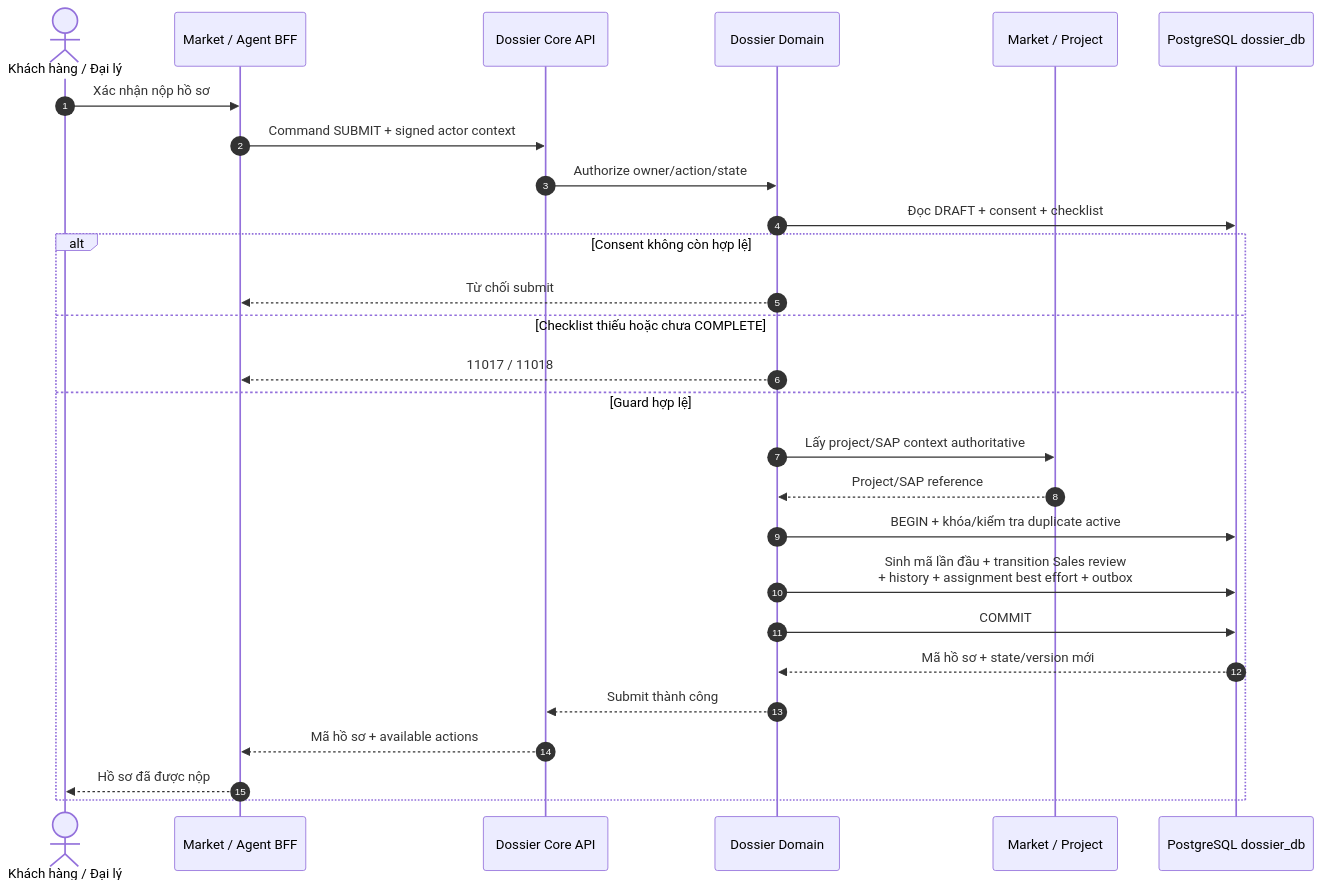
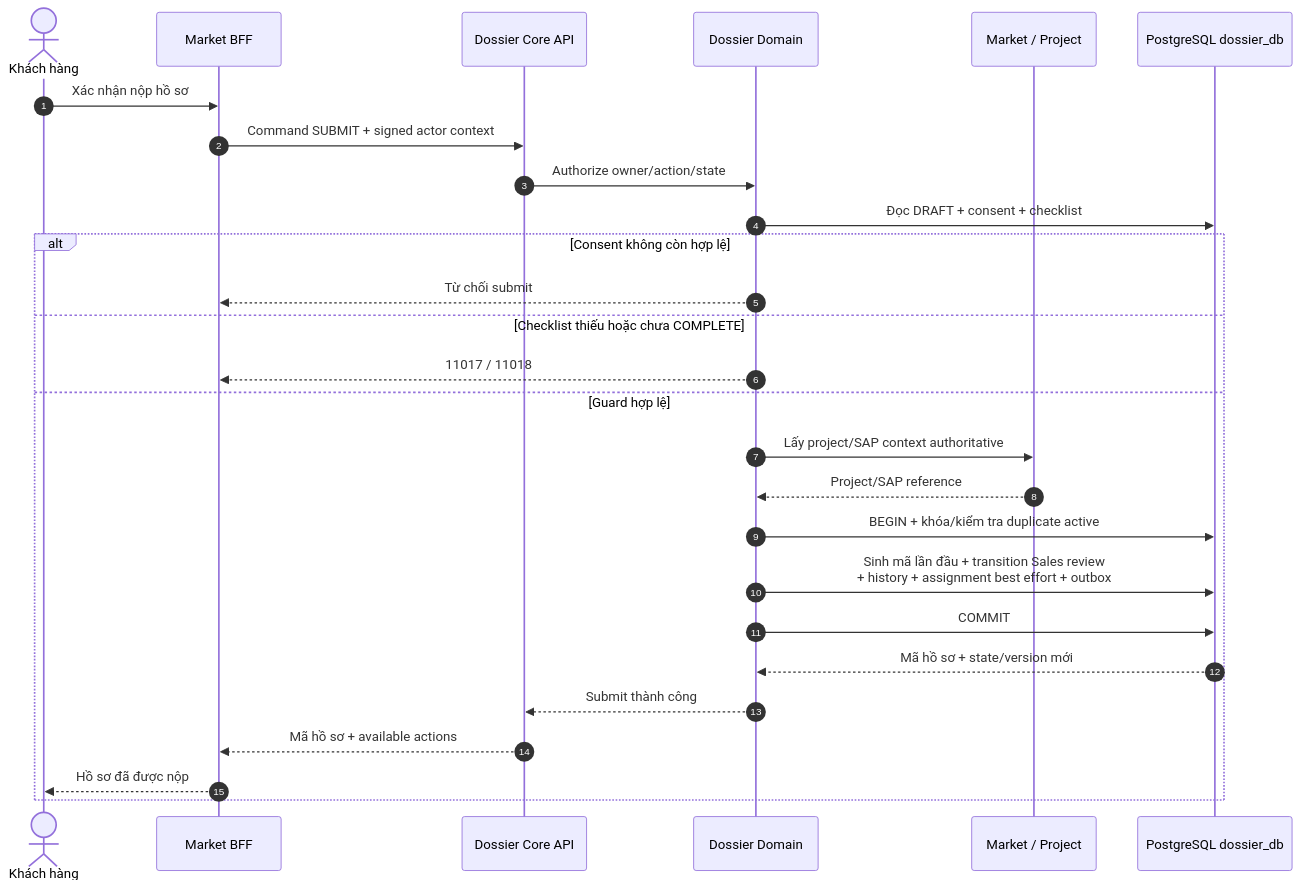
One commit to huynv-xyz/vhm changed diagram 12 of 15 in tdd-dossier.md. Above: the diagram before and after it, drawn with Mermaid. The commit also changed other lines of this file, not shown here.

````diff
--- a/tdd-dossier.md
+++ b/tdd-dossier.md
@@ -968,30 +997,30 @@
 ```mermaid
 sequenceDiagram
     autonumber
-    actor User as Khách hàng / Đại lý
-    participant BFF as Market / Agent BFF
+    actor User as Khách hàng
+    participant BFF as Market BFF
     participant API as Dossier Core API
     participant Domain as Dossier Domain
     participant Project as Market / Project
     participant DB as PostgreSQL dossier_db
 
     User->>BFF: Xác nhận nộp hồ sơ
     BFF->>API: Command SUBMIT + signed actor context
     API->>Domain: Authorize owner/action/state
     Domain->>DB: Đọc DRAFT + consent + checklist
     alt Consent không còn hợp lệ
         Domain-->>BFF: Từ chối submit
     else Checklist thiếu hoặc chưa COMPLETE
         Domain-->>BFF: 11017 / 11018
     else Guard hợp lệ
         Domain->>Project: Lấy project/SAP context authoritative
         Project-->>Domain: Project/SAP reference
         Domain->>DB: BEGIN + khóa/kiểm tra duplicate active
         Domain->>DB: Sinh mã lần đầu + transition Sales review<br/>+ history + assignment best effort + outbox
         Domain->>DB: COMMIT
         DB-->>Domain: Mã hồ sơ + state/version mới
         Domain-->>API: Submit thành công
         API-->>BFF: Mã hồ sơ + available actions
         BFF-->>User: Hồ sơ đã được nộp
     end
 ```
````
